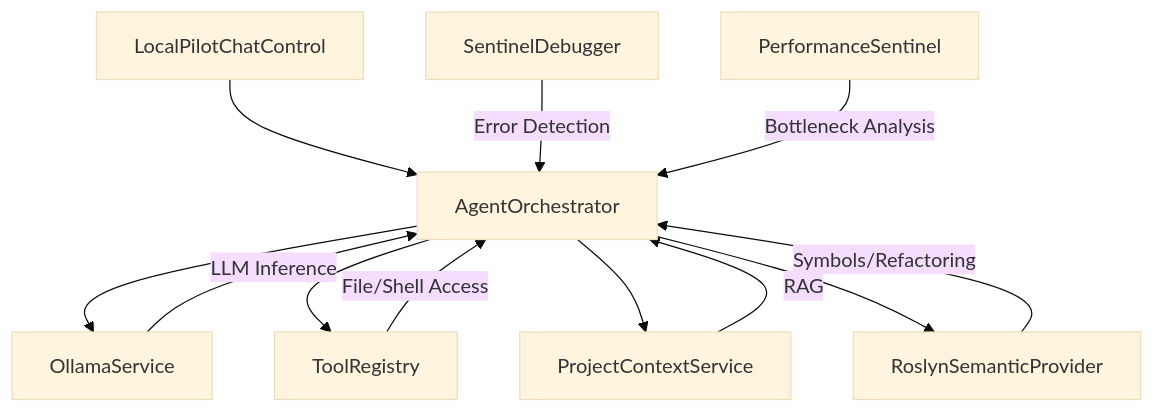
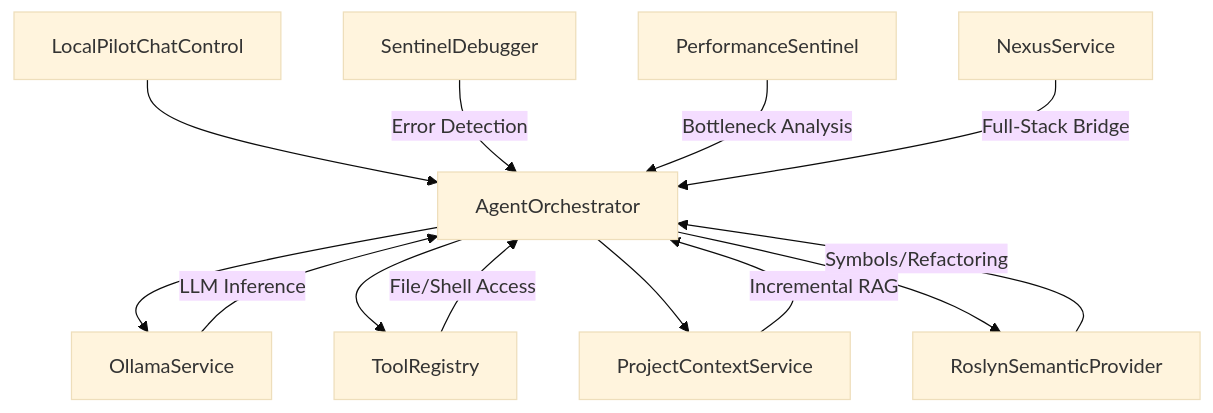
Before and after one commit to FutureStackSolution/LocalPilot: the diagram in .localpilot/knowledge_graph.md, drawn with Mermaid (base theme). The commit also changed other lines of this file and 9 other files, not shown here.

Commit message:
changes related to performance improvement and scability and also done changes for full stack development service

````diff
--- a/.localpilot/knowledge_graph.md
+++ b/.localpilot/knowledge_graph.md
@@ -9,16 +9,18 @@
 ```mermaid
 graph TD
     UI[LocalPilotChatControl] --> AM[AgentOrchestrator]
     AM --> OS[OllamaService]
     AM --> TR[ToolRegistry]
     AM --> PC[ProjectContextService]
     AM --> RS[RoslynSemanticProvider]
     
-    PC -- RAG --> AM
+    PC -- Incremental RAG --> AM
     RS -- Symbols/Refactoring --> AM
     TR -- File/Shell Access --> AM
     OS -- LLM Inference --> AM
     
     SENT[SentinelDebugger] -- Error Detection --> AM
     PERF[PerformanceSentinel] -- Bottleneck Analysis --> AM
+    
+    NEXUS[NexusService] -- Full-Stack Bridge --> AM
 ```
````
